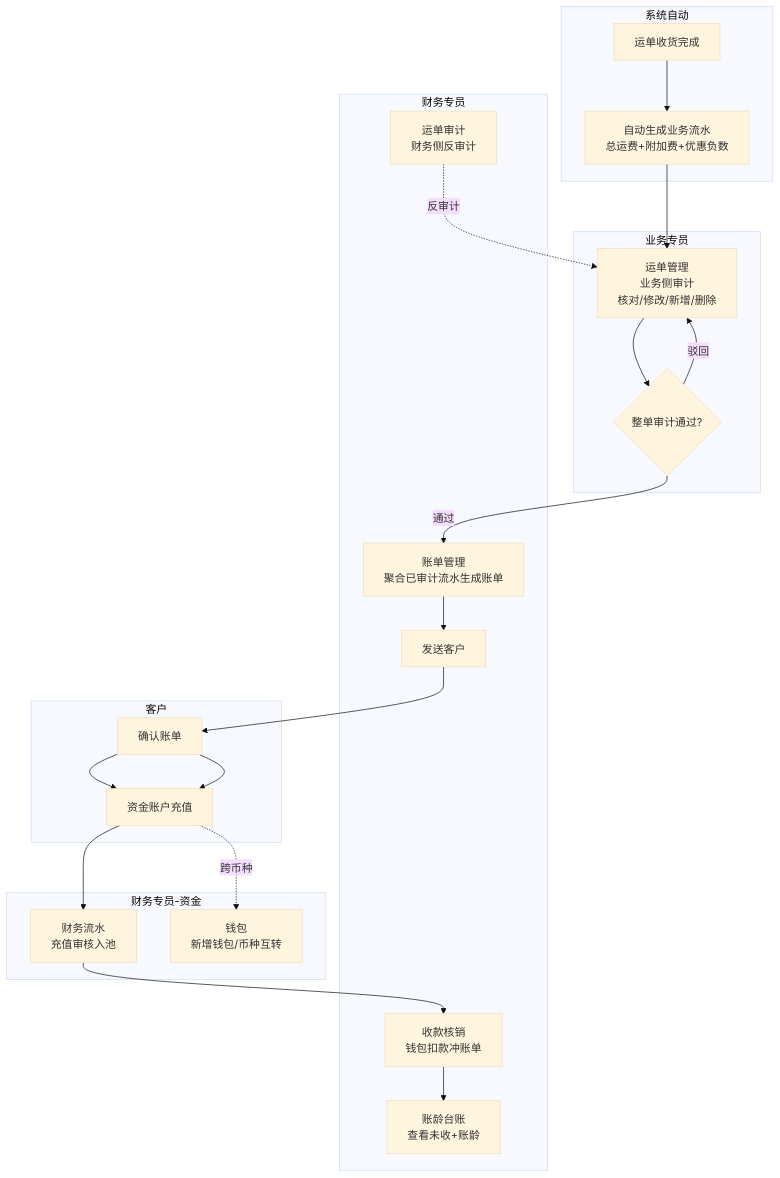
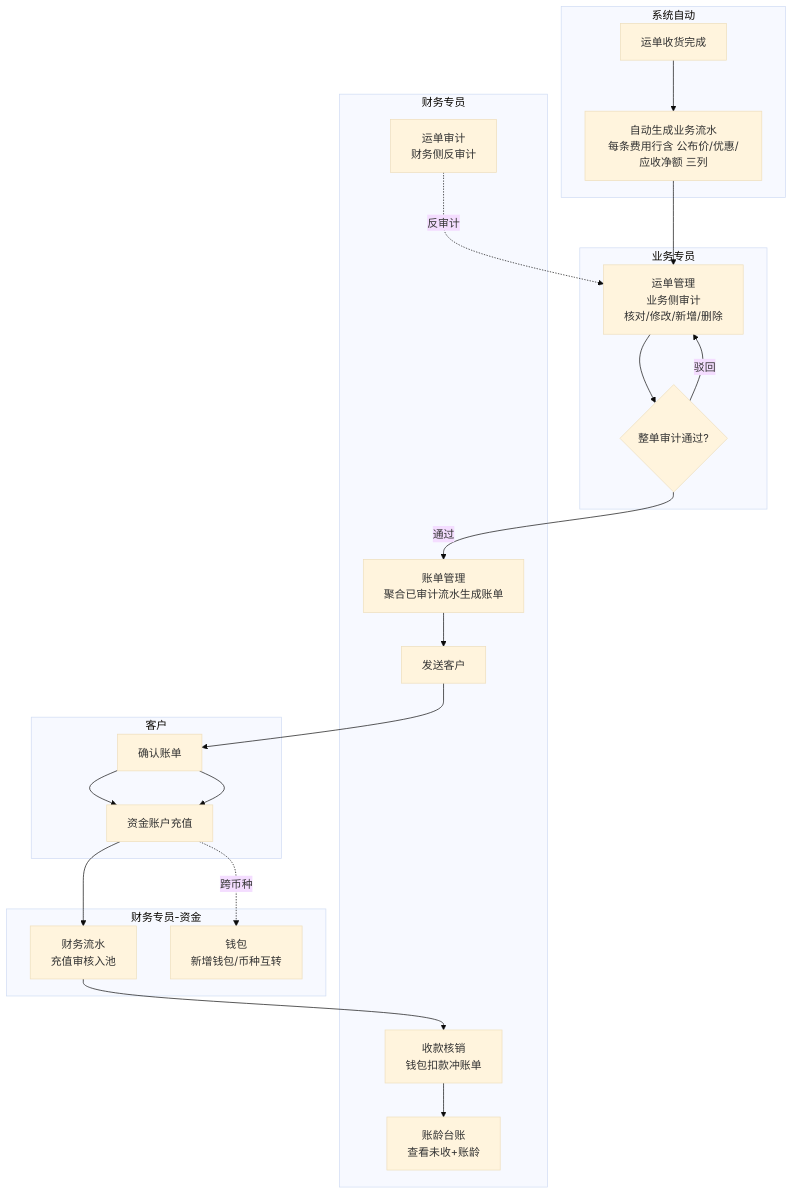
The first of 4 diagrams in 0-产品经理使用IDE/drafts/财务/2026-09-11-用户需求.md (zhangwen960722/luna-daily), drawn with Mermaid (base theme) before and after one commit. The commit also changed other lines of this file and 21 other files, not shown here.

````diff
--- a/0-产品经理使用IDE/drafts/财务/2026-09-11-用户需求.md
+++ b/0-产品经理使用IDE/drafts/财务/2026-09-11-用户需求.md
@@ -118,30 +118,30 @@
 ```mermaid
 flowchart TD
     subgraph 系统自动
-        S1[运单收货完成] --> S2[自动生成业务流水<br/>总运费+附加费+优惠负数]
+        S1[运单收货完成] --> S2[自动生成业务流水<br/>每条费用行含 公布价/优惠/应收净额 三列]
     end
     subgraph 业务专员
         B1[运单管理<br/>业务侧审计<br/>核对/修改/新增/删除] --> B2{整单审计通过?}
     end
     subgraph 财务专员
         F1[运单审计<br/>财务侧反审计]
         F3[账单管理<br/>聚合已审计流水生成账单]
         F4[发送客户]
         F5[收款核销<br/>钱包扣款冲账单]
         F6[账龄台账<br/>查看未收+账龄]
     end
     subgraph 客户
         C1[确认账单] --> C2[资金账户充值]
     end
     subgraph 财务专员2[财务专员-资金]
         F7[财务流水<br/>充值审核入池]
         F8[钱包<br/>新增钱包/币种互转]
     end
     S2 --> B1
     B2 -->|通过| F3
     B2 -->|驳回| B1
     F1 -.反审计.-> B1
     F3 --> F4 --> C1 --> C2 --> F7
     F7 --> F5 --> F6
     C2 -.跨币种.-> F8
 ```
````
